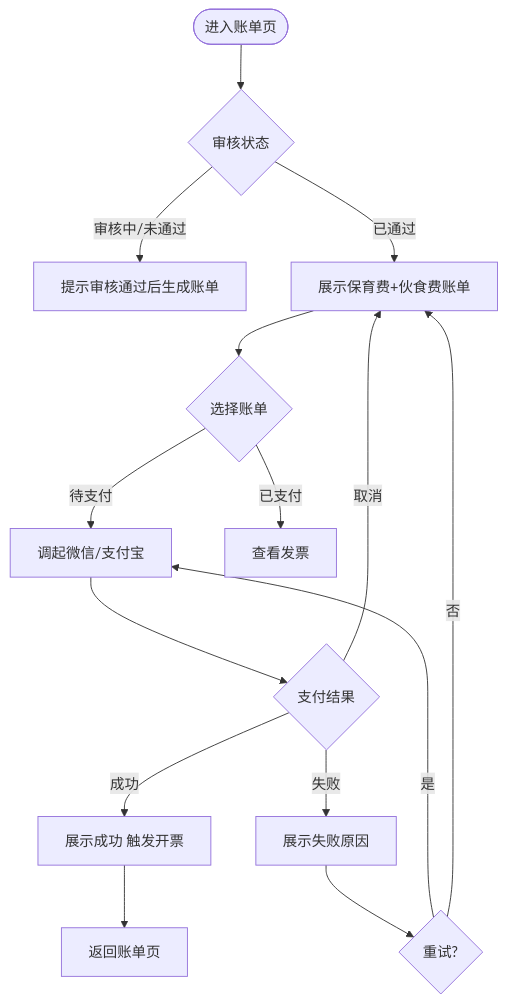
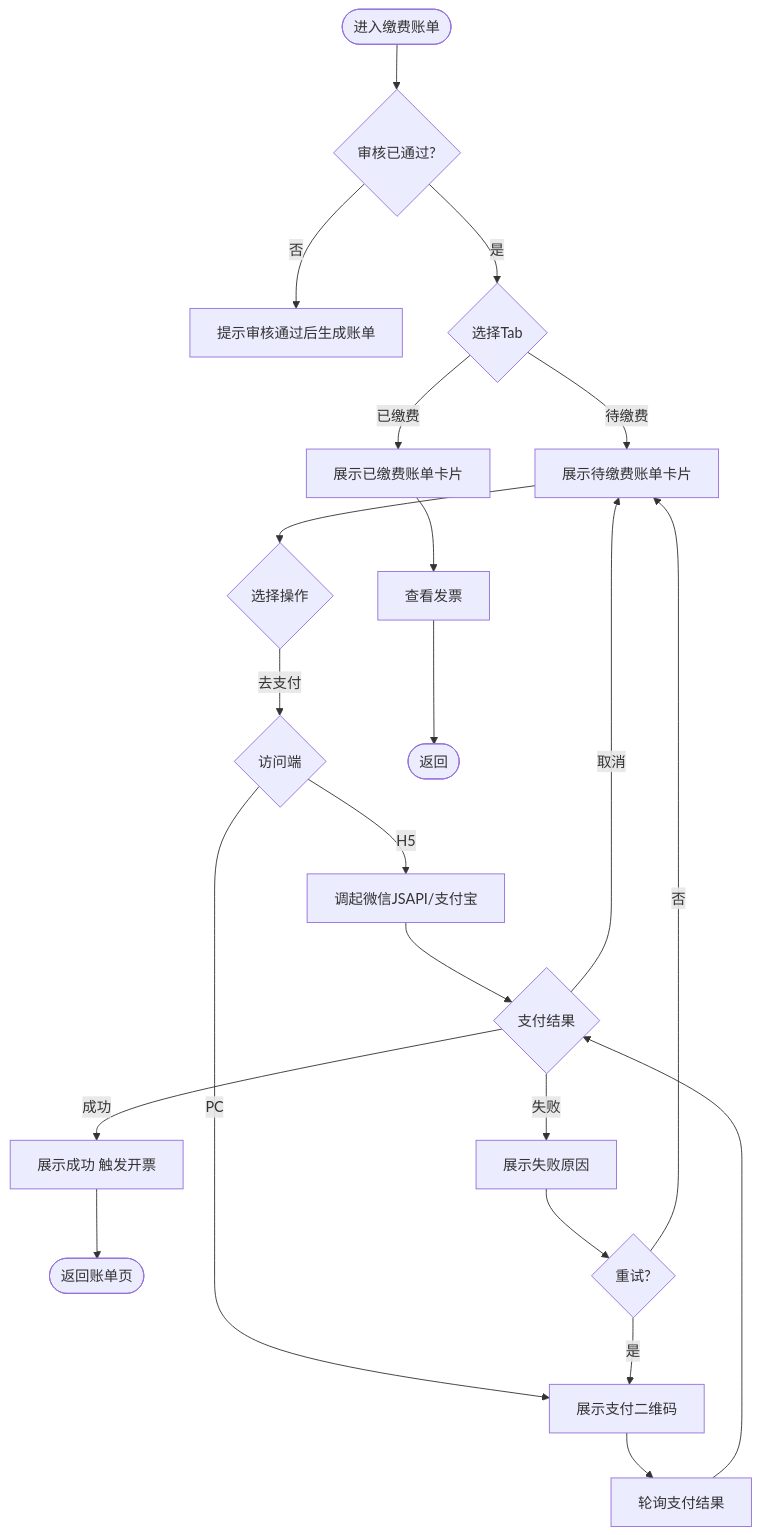
Before and after one commit to wxiang188/kindergarten-registration: the fifth of 12 diagrams in SRS.md, drawn with Mermaid. The commit also changed other lines of this file and 10 other files, not shown here.

````diff
--- a/SRS.md
+++ b/SRS.md
@@ -601,17 +620,24 @@
 ```mermaid
 flowchart TD
-    Start([进入账单页]) --> Check{审核状态}
-    Check -->|审核中/未通过| Wait[提示审核通过后生成账单]
-    Check -->|已通过| List[展示保育费+伙食费账单]
-    List --> Choose{选择账单}
-    Choose -->|待支付| Pay[调起微信/支付宝]
-    Pay --> Result{支付结果}
+    Start([进入缴费账单]) --> Pass{审核已通过?}
+    Pass -->|否| Wait[提示审核通过后生成账单]
+    Pass -->|是| Tab{选择Tab}
+    Tab -->|待缴费| PendList[展示待缴费账单卡片]
+    Tab -->|已缴费| PaidList[展示已缴费账单卡片]
+    PendList --> Select{选择操作}
+    Select -->|去支付| Plat{访问端}
+    Plat -->|H5| H5Pay[调起微信JSAPI/支付宝]
+    Plat -->|PC| QrPay[展示支付二维码]
+    QrPay --> Poll[轮询支付结果]
+    H5Pay --> Result{支付结果}
+    Poll --> Result
     Result -->|成功| Success[展示成功 触发开票]
     Result -->|失败| Fail[展示失败原因]
-    Result -->|取消| List
-    Success --> Back[返回账单页]
+    Result -->|取消| PendList
+    Success --> Back([返回账单页])
     Fail --> Retry{重试?}
-    Retry -->|是| Pay
-    Retry -->|否| List
-    Choose -->|已支付| Invoice[查看发票]
+    Retry -->|是| QrPay
+    Retry -->|否| PendList
+    PaidList --> Invoice[查看发票]
+    Invoice --> Back2([返回])
 ```
````
